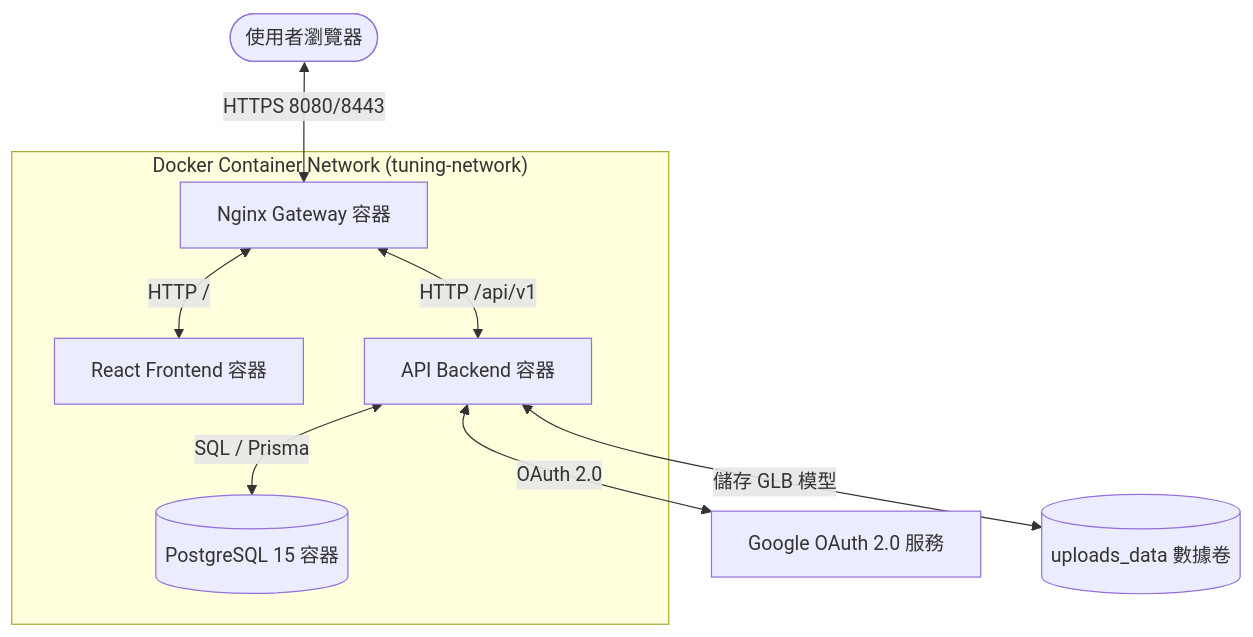
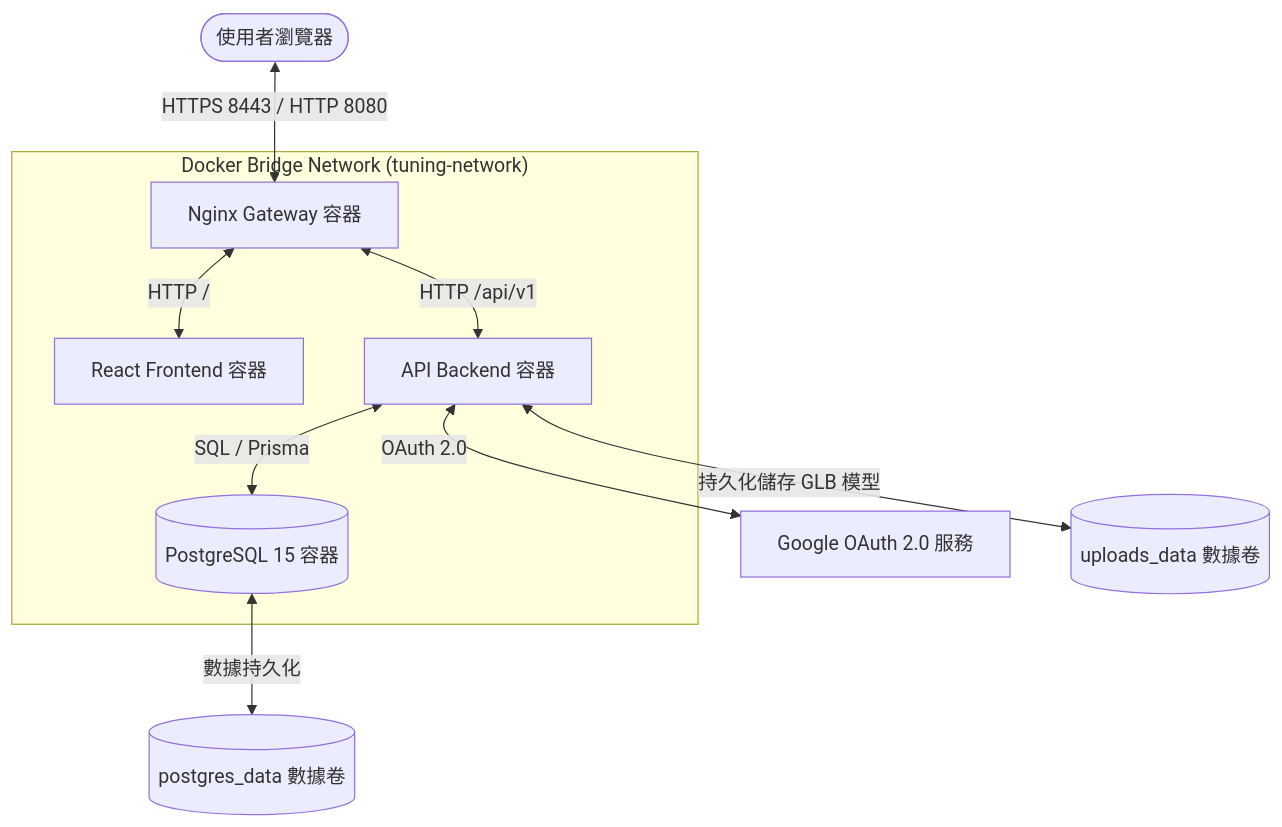
One commit to zhanallen/tuning-log changed the diagram in README.md. Above: the diagram before and after it, drawn with Mermaid. The commit also changed other lines of this file, not shown here.

````diff
--- a/README.md
+++ b/README.md
@@ -60,13 +105,14 @@
 ```mermaid
 flowchart TD
-    User([使用者瀏覽器]) <-->|HTTPS 8080/8443| Nginx[Nginx Gateway 容器]
+    User([使用者瀏覽器]) <-->|HTTPS 8443 / HTTP 8080| Nginx[Nginx Gateway 容器]
     
-    subgraph "Docker Container Network (tuning-network)"
+    subgraph "Docker Bridge Network (tuning-network)"
         Nginx <-->|HTTP /| Frontend[React Frontend 容器]
         Nginx <-->|HTTP /api/v1| Backend[API Backend 容器]
         Backend <-->|SQL / Prisma| Database[(PostgreSQL 15 容器)]
     end
     
     Backend <-->|OAuth 2.0| GoogleAuth[Google OAuth 2.0 服務]
-    Backend <-->|儲存 GLB 模型| UploadsVolume[(uploads_data 數據卷)]
+    Backend <-->|持久化儲存 GLB 模型| UploadsVolume[(uploads_data 數據卷)]
+    Database <-->|數據持久化| PostgresVolume[(postgres_data 數據卷)]
 ```
````
